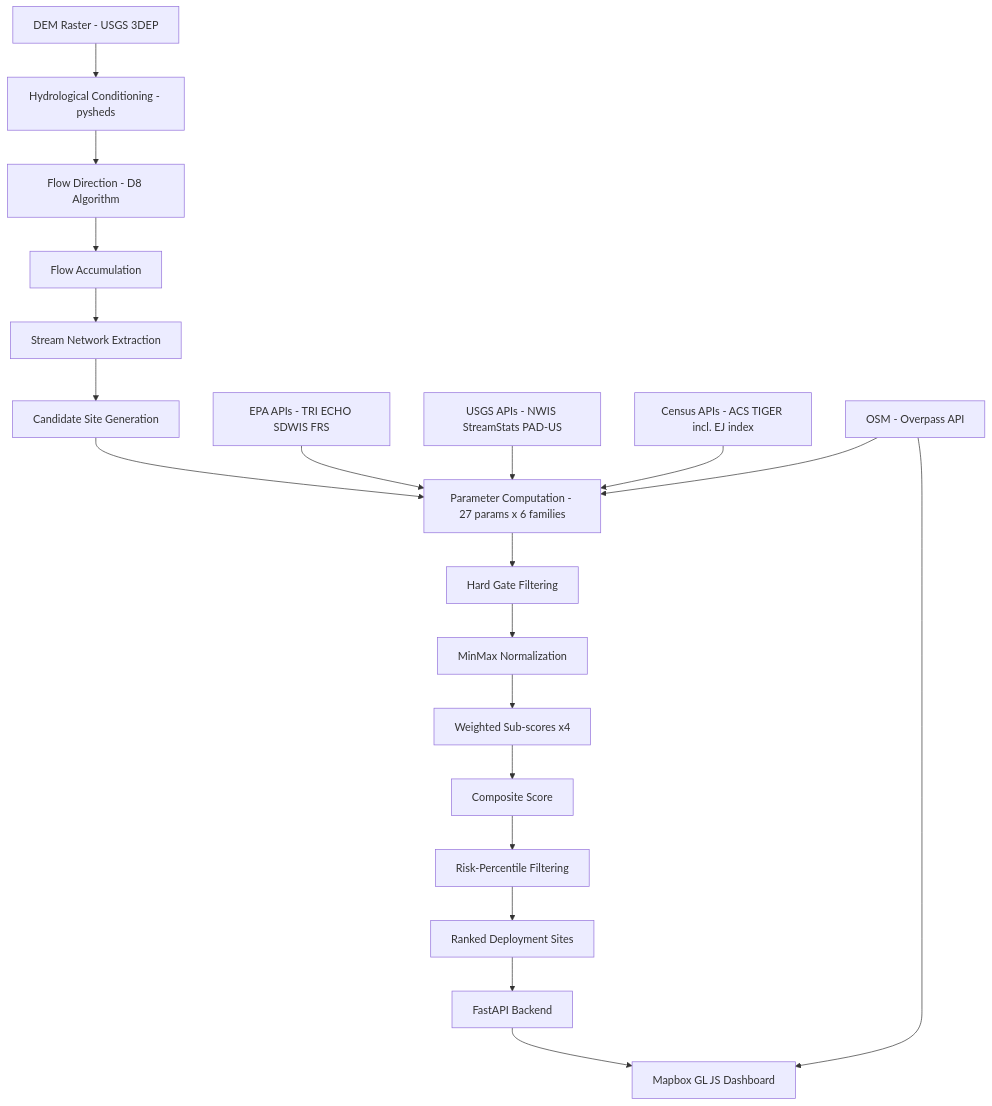
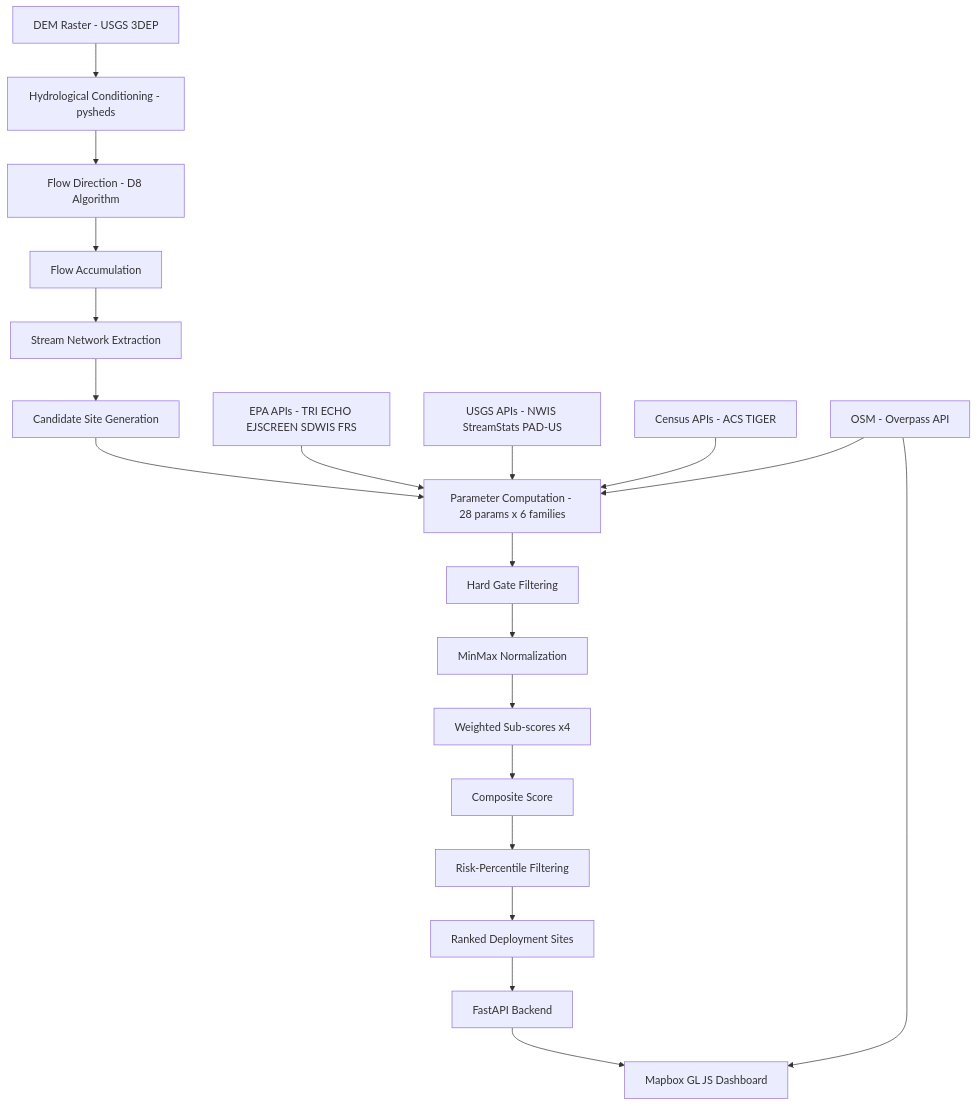
The diagram in README.md (1inandy/GRIME), drawn with Mermaid before and after one commit. The commit also changed other lines of this file and 52 other files, not shown here.

````diff
--- a/README.md
+++ b/README.md
@@ -104,25 +104,25 @@
 ```mermaid
 graph TD
     A[DEM Raster - USGS 3DEP] --> B[Hydrological Conditioning - pysheds]
     B --> C[Flow Direction - D8 Algorithm]
     C --> D[Flow Accumulation]
     D --> E[Stream Network Extraction]
     E --> F[Candidate Site Generation]
 
-    G[EPA APIs - TRI ECHO SDWIS FRS] --> H[Parameter Computation - 27 params x 6 families]
+    G[EPA APIs - TRI ECHO EJSCREEN SDWIS FRS] --> H[Parameter Computation - 28 params x 6 families]
     I[USGS APIs - NWIS StreamStats PAD-US] --> H
-    J[Census APIs - ACS TIGER incl. EJ index] --> H
+    J[Census APIs - ACS TIGER] --> H
     K[OSM - Overpass API] --> H
     F --> H
 
     H --> L[Hard Gate Filtering]
     L --> M[MinMax Normalization]
     M --> N[Weighted Sub-scores x4]
     N --> O[Composite Score]
     O --> P[Risk-Percentile Filtering]
     P --> Q[Ranked Deployment Sites]
 
     Q --> R[FastAPI Backend]
     R --> S[Mapbox GL JS Dashboard]
     K --> S
 ```
````
